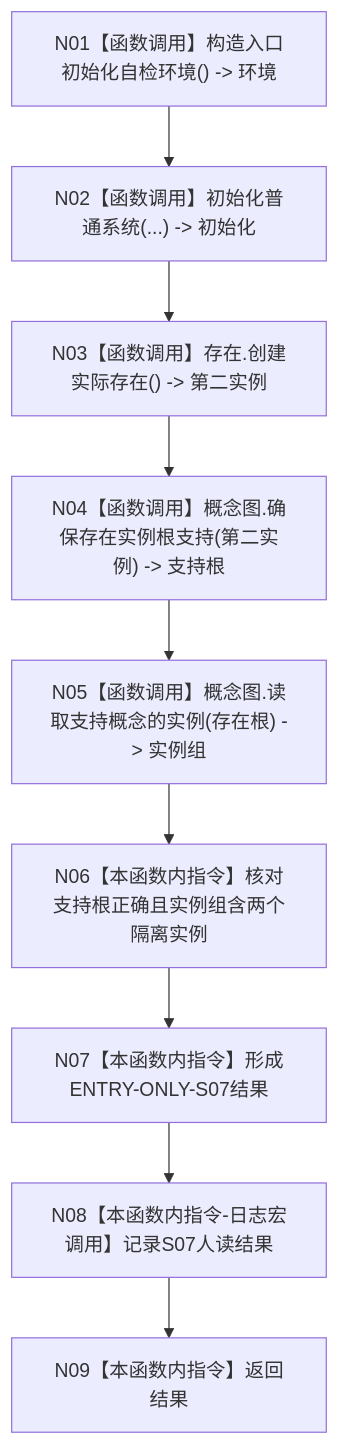
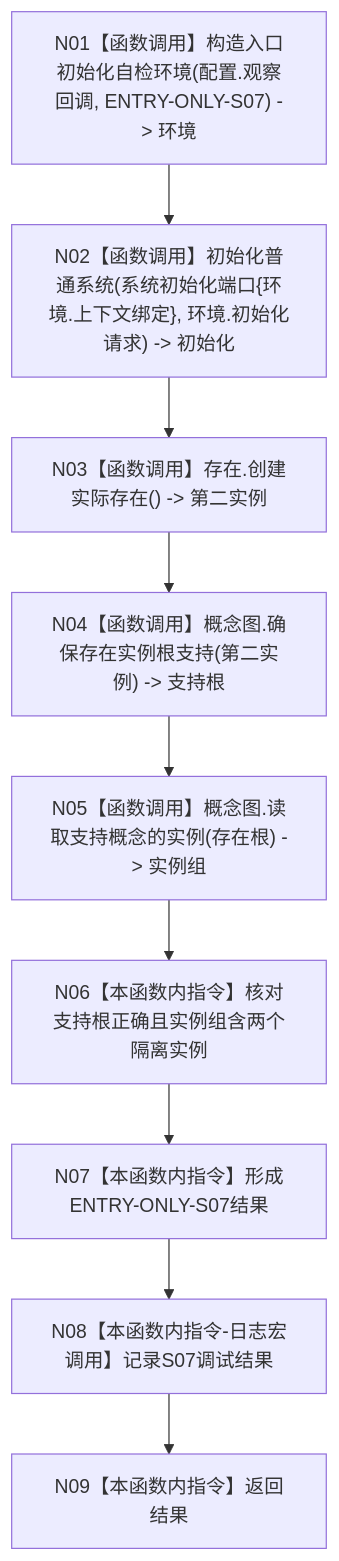
Before and after one commit to chunhaizh-cyber/HY-Ego: the diagram in 流程图/20260726_ENTRY-ONLY_S07_多存在实例根支持_施工流程图_v0.1.md, drawn with Mermaid. The commit also changed other lines of this file and 54 other files, not shown here.

Commit message:
修订 ENTRY-ONLY 入口职责设计包

````diff
--- a/流程图/20260726_ENTRY-ONLY_S07_多存在实例根支持_施工流程图_v0.1.md
+++ b/流程图/20260726_ENTRY-ONLY_S07_多存在实例根支持_施工流程图_v0.1.md
@@ -27,11 +27,11 @@
 ```mermaid
 flowchart TD
-    N01["N01【函数调用】构造入口初始化自检环境() -> 环境"] --> N02["N02【函数调用】初始化普通系统(...) -> 初始化"]
+    N01["N01【函数调用】构造入口初始化自检环境(配置.观察回调, ENTRY-ONLY-S07) -> 环境"] --> N02["N02【函数调用】初始化普通系统(系统初始化端口{环境.上下文绑定}, 环境.初始化请求) -> 初始化"]
     N02 --> N03["N03【函数调用】存在.创建实际存在() -> 第二实例"]
     N03 --> N04["N04【函数调用】概念图.确保存在实例根支持(第二实例) -> 支持根"]
     N04 --> N05["N05【函数调用】概念图.读取支持概念的实例(存在根) -> 实例组"]
     N05 --> N06["N06【本函数内指令】核对支持根正确且实例组含两个隔离实例"]
     N06 --> N07["N07【本函数内指令】形成ENTRY-ONLY-S07结果"]
-    N07 --> N08["N08【本函数内指令-日志宏调用】记录S07人读结果"]
+    N07 --> N08["N08【本函数内指令-日志宏调用】记录S07调试结果"]
     N08 --> N09["N09【本函数内指令】返回结果"]
 ```
````
